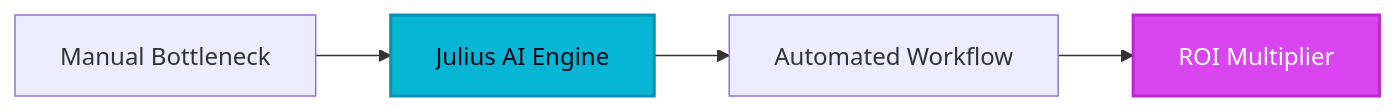
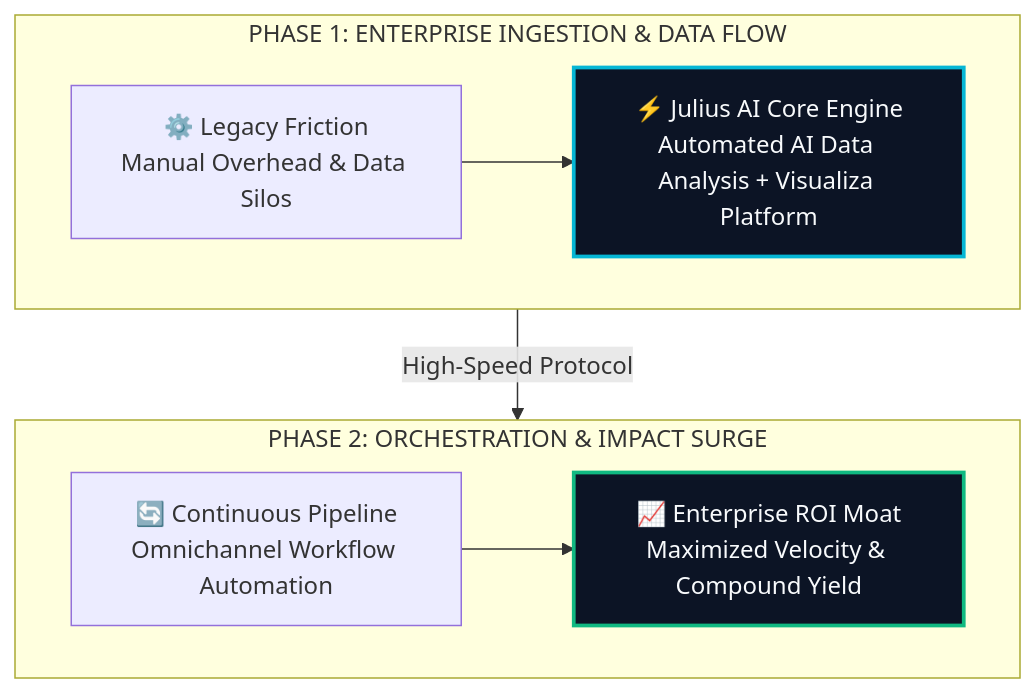
The diagram in site/src/content/blog/julius-ai-evolution-guide-2026.md (heliatech-media/saas-radar), drawn with Mermaid before and after one commit. The commit also changed 97 other files, not shown here.

First line of the commit message:
feat(diagrams): upgrade all article architecture schemas to high-impact 2-tier responsive vector blueprints

````diff
--- a/site/src/content/blog/julius-ai-evolution-guide-2026.md
+++ b/site/src/content/blog/julius-ai-evolution-guide-2026.md
@@ -50,8 +50,14 @@
 ```mermaid
-flowchart LR
-    A[Manual Bottleneck] --> B[Julius AI Engine]
-    B --> C[Automated Workflow]
-    C --> D[ROI Multiplier]
-    style B fill:#06b6d4,stroke:#0891b2,stroke-width:2px,color:#030712
-    style D fill:#d946ef,stroke:#c026d3,stroke-width:2px,color:#ffffff
+flowchart TD
+    subgraph S1["PHASE 1: ENTERPRISE INGESTION & DATA FLOW"]
+        direction LR
+        A["⚙️ Legacy Friction<br/>Manual Overhead & Data Silos"] --> B["⚡ Julius AI Core Engine<br/>Automated AI Data Analysis + Visualiza Platform"]
+    end
+    subgraph S2["PHASE 2: ORCHESTRATION & IMPACT SURGE"]
+        direction LR
+        C["🔄 Continuous Pipeline<br/>Omnichannel Workflow Automation"] --> D["📈 Enterprise ROI Moat<br/>Maximized Velocity & Compound Yield"]
+    end
+    S1 -->|High-Speed Protocol| S2
+    style B fill:#0c1425,stroke:#06b6d4,stroke-width:2.5px,color:#f8fafc
+    style D fill:#0c1425,stroke:#10b981,stroke-width:2.5px,color:#f8fafc
 ```
````
